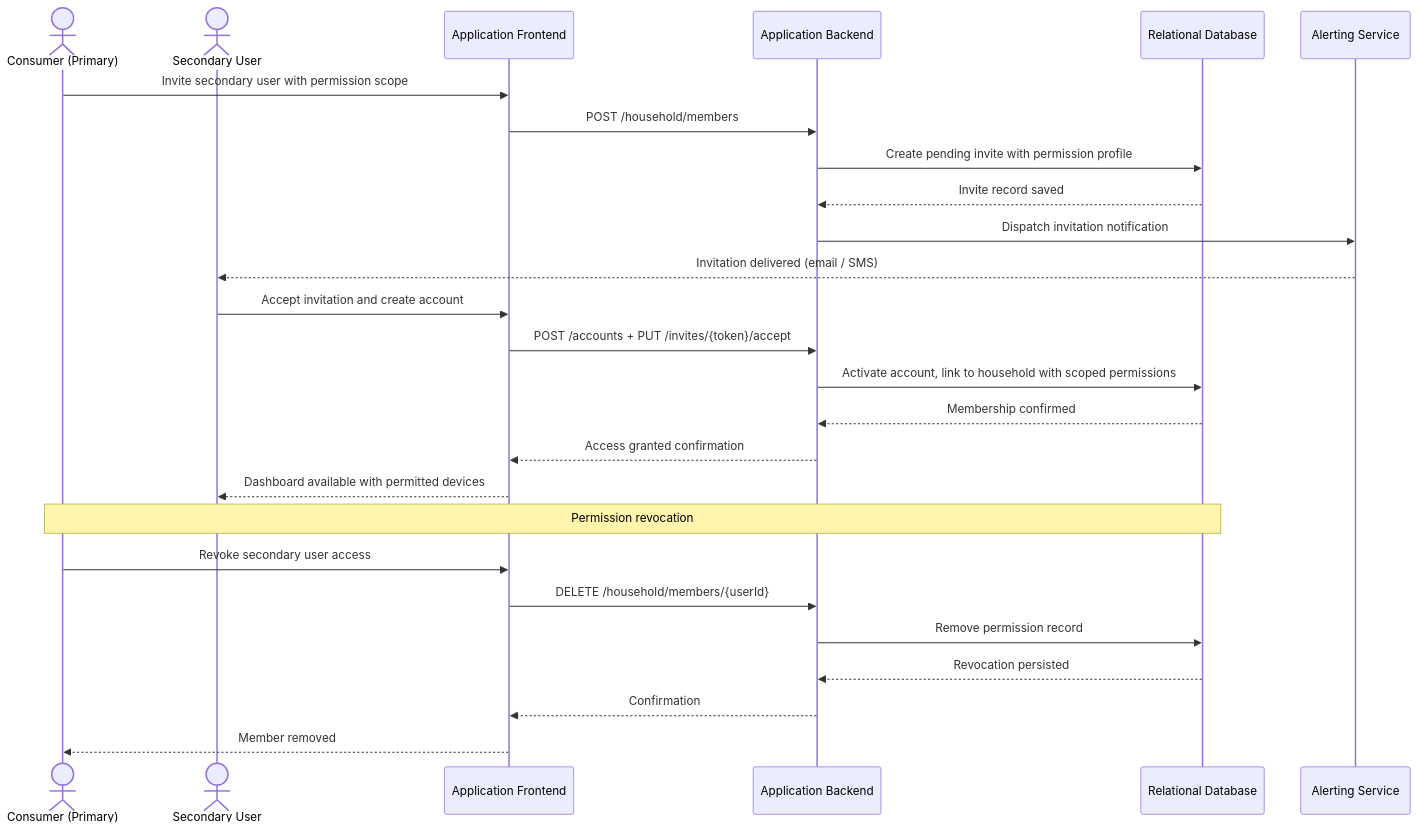
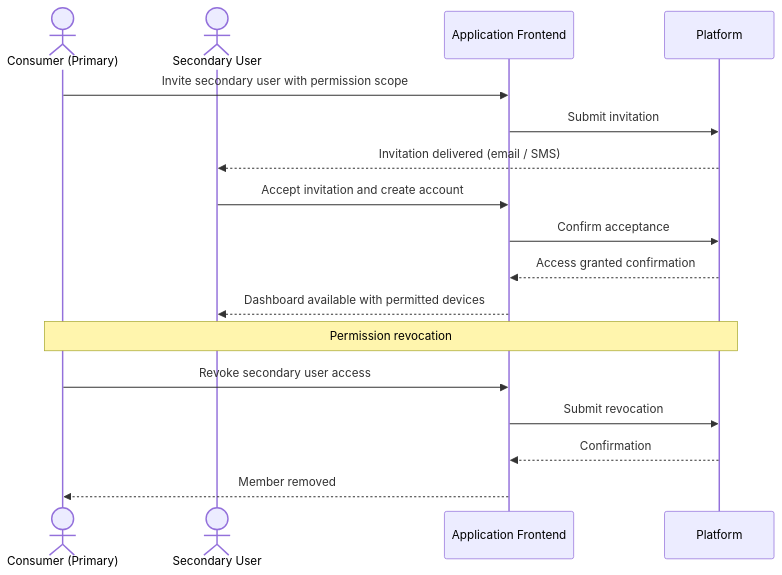
Before and after one commit to GarrettGruss/CS7346-401-report: the sixth of 8 diagrams in docs/report/sections/03_use_cases/use_cases.md, drawn with Mermaid. The commit also changed other lines of this file and 10 other files, not shown here.

Commit message:
fix(03_use_cases): Simplifying use cases and re rendering diagrams with higher resoltuion fix(01_introduction): reducing content fix(05_quality attributes): adding requirements fix(08_cloud services): simplifying cloud components to bullet point list

````diff
--- a/docs/report/sections/03_use_cases/use_cases.md
+++ b/docs/report/sections/03_use_cases/use_cases.md
@@ -209,31 +163,22 @@
 ```mermaid
 sequenceDiagram
     actor PrimaryConsumer as Consumer (Primary)
     actor SecondaryUser as Secondary User
     participant Frontend as Application Frontend
-    participant Backend as Application Backend
-    participant DB as Relational Database
-    participant Alerting as Alerting Service
+    participant Platform as Platform
 
     PrimaryConsumer->>Frontend: Invite secondary user with permission scope
-    Frontend->>Backend: POST /household/members
-    Backend->>DB: Create pending invite with permission profile
-    DB-->>Backend: Invite record saved
-    Backend->>Alerting: Dispatch invitation notification
-    Alerting-->>SecondaryUser: Invitation delivered (email / SMS)
+    Frontend->>Platform: Submit invitation
+    Platform-->>SecondaryUser: Invitation delivered (email / SMS)
 
     SecondaryUser->>Frontend: Accept invitation and create account
-    Frontend->>Backend: POST /accounts + PUT /invites/{token}/accept
-    Backend->>DB: Activate account, link to household with scoped permissions
-    DB-->>Backend: Membership confirmed
-    Backend-->>Frontend: Access granted confirmation
+    Frontend->>Platform: Confirm acceptance
+    Platform-->>Frontend: Access granted confirmation
     Frontend-->>SecondaryUser: Dashboard available with permitted devices
 
-    note over PrimaryConsumer, DB: Permission revocation
+    note over PrimaryConsumer, Platform: Permission revocation
     PrimaryConsumer->>Frontend: Revoke secondary user access
-    Frontend->>Backend: DELETE /household/members/{userId}
-    Backend->>DB: Remove permission record
-    DB-->>Backend: Revocation persisted
-    Backend-->>Frontend: Confirmation
+    Frontend->>Platform: Submit revocation
+    Platform-->>Frontend: Confirmation
     Frontend-->>PrimaryConsumer: Member removed
 ```
````
